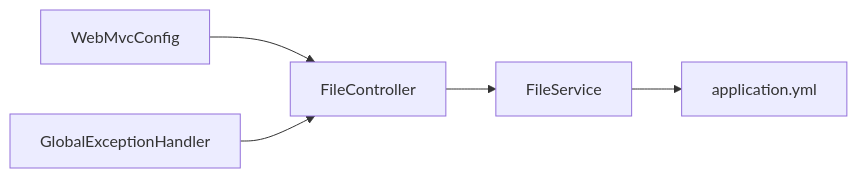
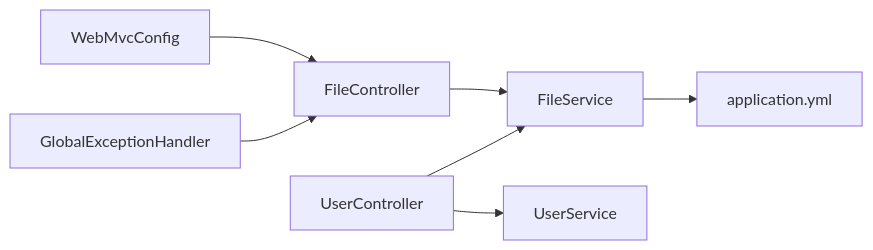
One commit to 20164206160/zhishilu changed the sixth of 6 diagrams in .qoder/repowiki/zh/content/文件上传系统.md. Above: the diagram before and after it, drawn with Mermaid. The commit also changed other lines of this file and 28 other files, not shown here.

````diff
--- a/.qoder/repowiki/zh/content/文件上传系统.md
+++ b/.qoder/repowiki/zh/content/文件上传系统.md
@@ -240,7 +335,9 @@
 ```mermaid
 graph LR
 FC["FileController"] --> FS["FileService"]
+UC["UserController"] --> FS
+UC --> US["UserService"]
 FS --> CFG["application.yml"]
 WMC["WebMvcConfig"] --> FC
 EX["GlobalExceptionHandler"] --> FC
 ```
````
